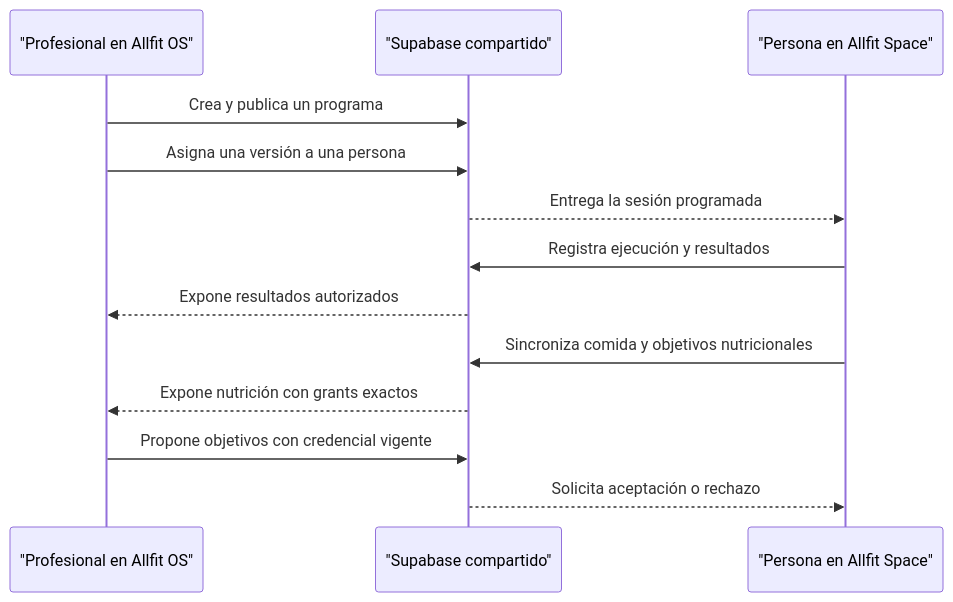
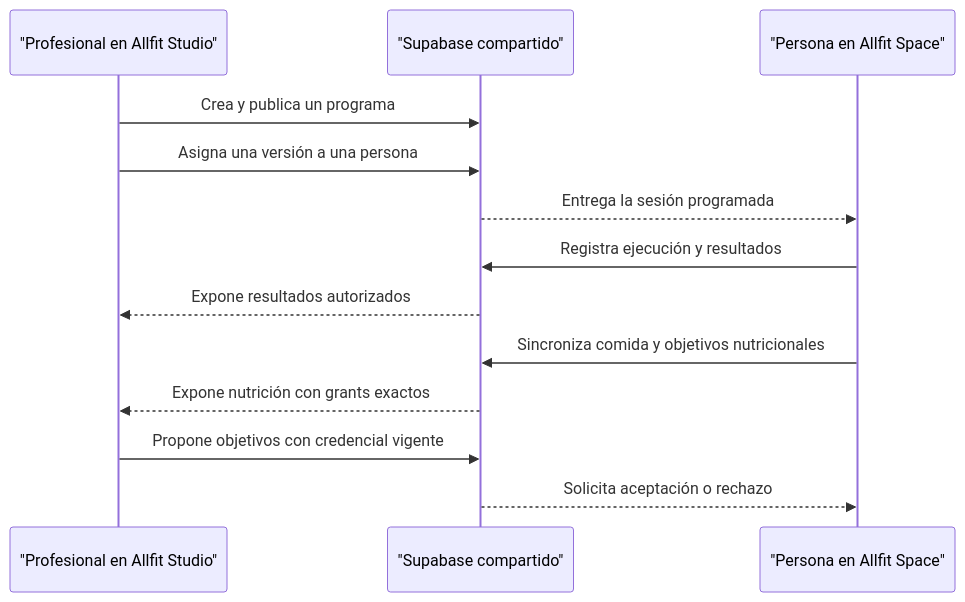
Before and after one commit to allfitone/allfitone-docs: the first of 2 diagrams in platform/database/refactor/04_EXECUTION/DATABASE_REFACTOR_PHASES.md, drawn with Mermaid. The commit also changed other lines of this file and 31 other files, not shown here.

Commit message:
docs: rename Allfit OS to Allfit Studio

````diff
--- a/platform/database/refactor/04_EXECUTION/DATABASE_REFACTOR_PHASES.md
+++ b/platform/database/refactor/04_EXECUTION/DATABASE_REFACTOR_PHASES.md
@@ -11,16 +11,16 @@
 ```mermaid
 sequenceDiagram
-    participant Coach as "Profesional en Allfit OS"
+    participant Coach as "Profesional en Allfit Studio"
     participant DB as "Supabase compartido"
     participant Person as "Persona en Allfit Space"
 
     Coach->>DB: Crea y publica un programa
     Coach->>DB: Asigna una versión a una persona
     DB-->>Person: Entrega la sesión programada
     Person->>DB: Registra ejecución y resultados
     DB-->>Coach: Expone resultados autorizados
     Person->>DB: Sincroniza comida y objetivos nutricionales
     DB-->>Coach: Expone nutrición con grants exactos
     Coach->>DB: Propone objetivos con credencial vigente
     DB-->>Person: Solicita aceptación o rechazo
 ```
````
